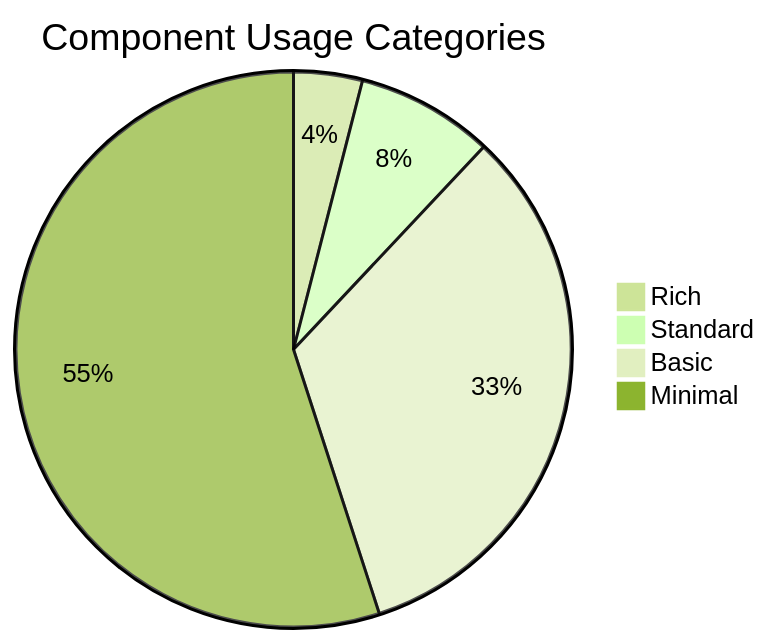
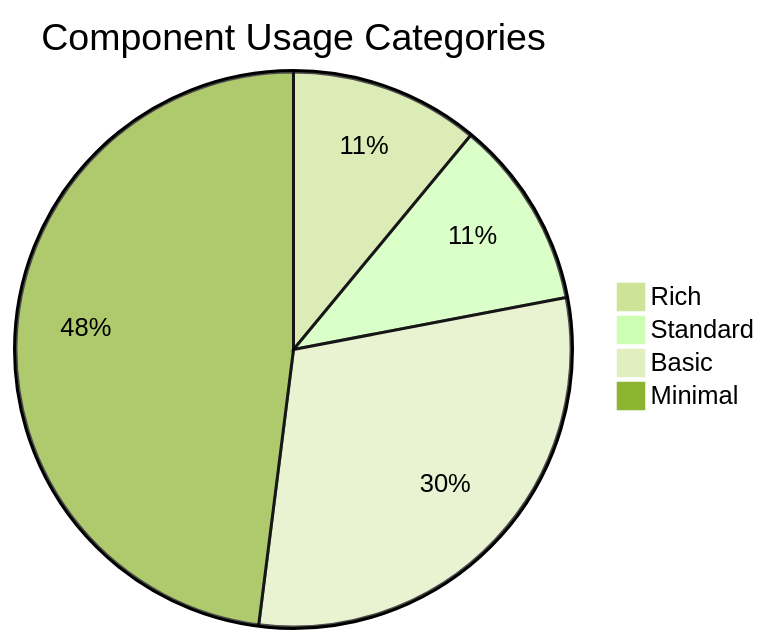
The first of 2 diagrams in test-project-import-analysis/components.md (star4beam/react-package-analyzer), drawn with Mermaid (forest theme) before and after one commit. The commit also changed other lines of this file and 67 other files, not shown here.

````diff
--- a/test-project-import-analysis/components.md
+++ b/test-project-import-analysis/components.md
@@ -76,7 +76,7 @@
 ```mermaid
 pie title Component Usage Categories
-    "Rich" : 4
-    "Standard" : 8
-    "Basic" : 33
-    "Minimal" : 55
+    "Rich" : 11
+    "Standard" : 11
+    "Basic" : 30
+    "Minimal" : 48
 ```
````
